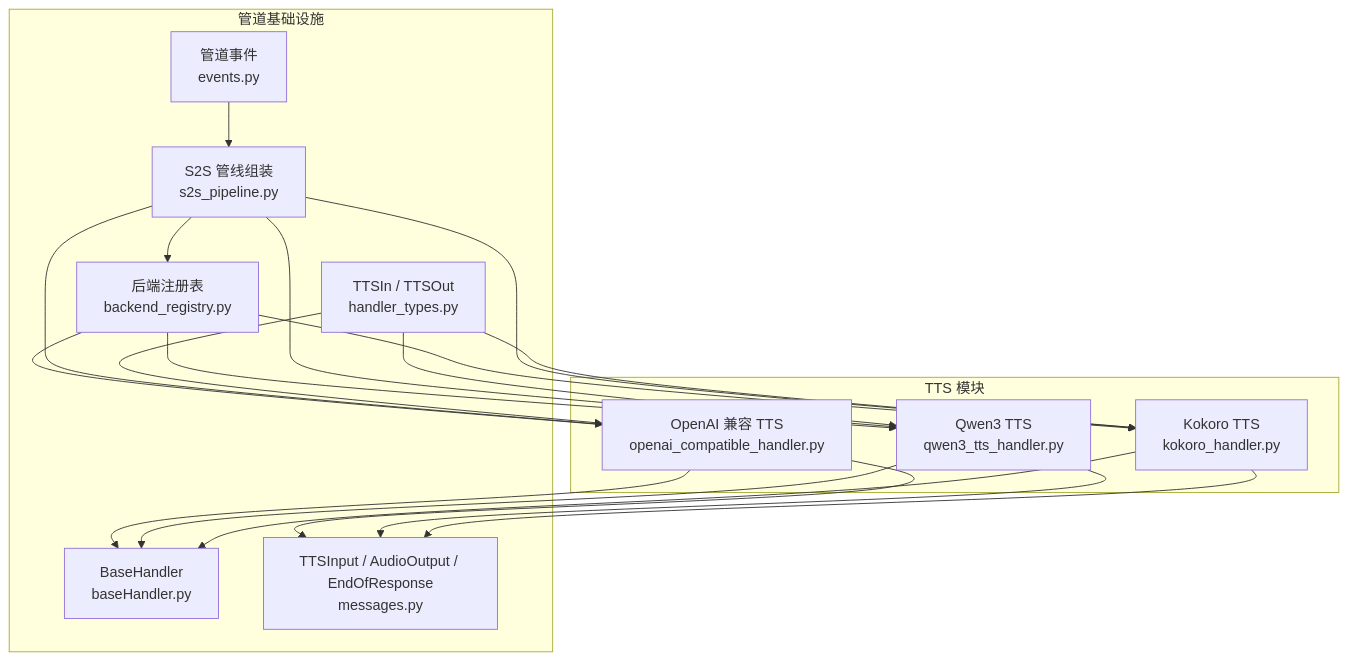
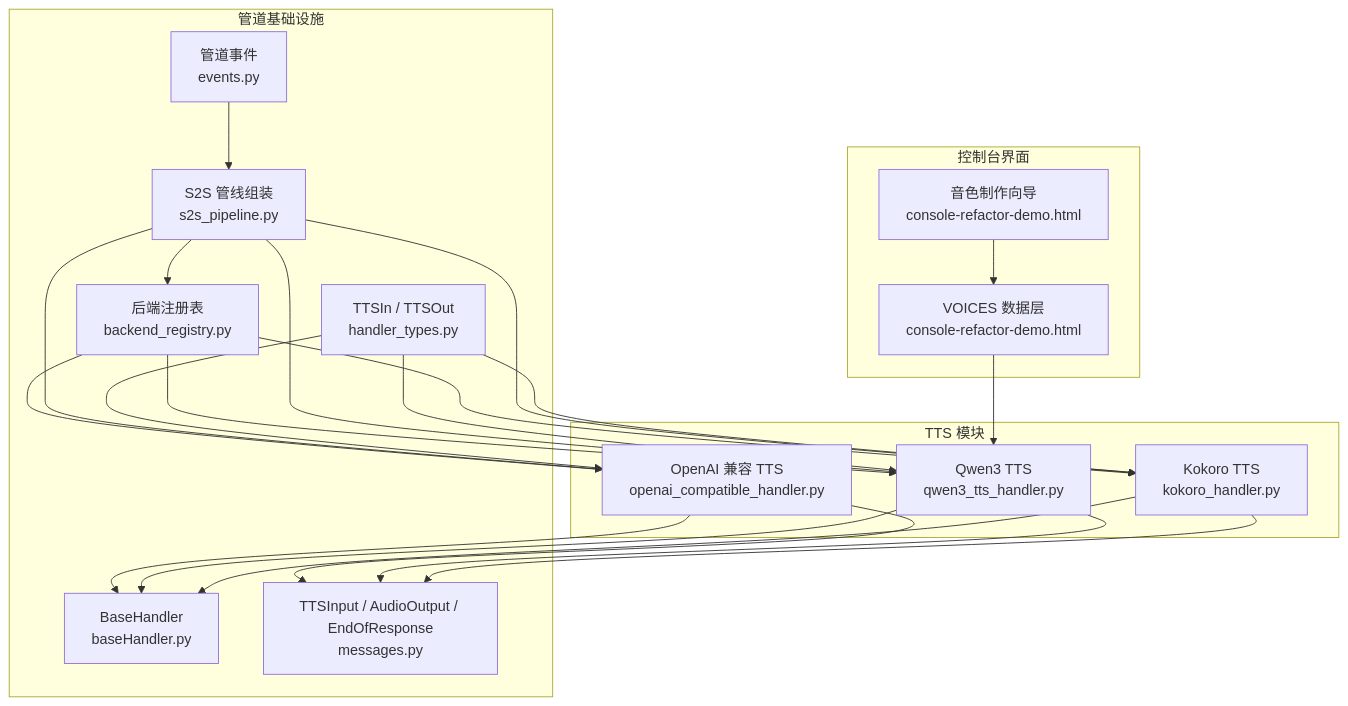
Before and after one commit to joezxh/speech-to-speech: the first of 11 diagrams in .qoder/repowiki/zh/content/文字转语音 (TTS)/TTS 架构设计.md, drawn with Mermaid. The commit also changed other lines of this file and 1743 other files, not shown here.

````diff
--- a/.qoder/repowiki/zh/content/文字转语音 (TTS)/TTS 架构设计.md
+++ b/.qoder/repowiki/zh/content/文字转语音 (TTS)/TTS 架构设计.md
@@ -34,33 +43,39 @@
 ```mermaid
 graph TB
 subgraph "TTS 模块"
 OAI["OpenAI 兼容 TTS<br/>openai_compatible_handler.py"]
 QWEN["Qwen3 TTS<br/>qwen3_tts_handler.py"]
 KOKORO["Kokoro TTS<br/>kokoro_handler.py"]
 end
 subgraph "管道基础设施"
 BASE["BaseHandler<br/>baseHandler.py"]
 TYPES["TTSIn / TTSOut<br/>handler_types.py"]
 MSG["TTSInput / AudioOutput / EndOfResponse<br/>messages.py"]
 REG["后端注册表<br/>backend_registry.py"]
 PIPE["S2S 管线组装<br/>s2s_pipeline.py"]
 EVT["管道事件<br/>events.py"]
+end
+subgraph "控制台界面"
+WIZARD["音色制作向导<br/>console-refactor-demo.html"]
+VOICES["VOICES 数据层<br/>console-refactor-demo.html"]
 end
 OAI --> BASE
 QWEN --> BASE
 KOKORO --> BASE
 REG --> OAI
 REG --> QWEN
 REG --> KOKORO
 PIPE --> REG
 PIPE --> OAI
 PIPE --> QWEN
 PIPE --> KOKORO
 OAI --> MSG
 QWEN --> MSG
 KOKORO --> MSG
 TYPES --> OAI
 TYPES --> QWEN
 TYPES --> KOKORO
 EVT --> PIPE
+WIZARD --> VOICES
+VOICES --> QWEN
 ```
````
